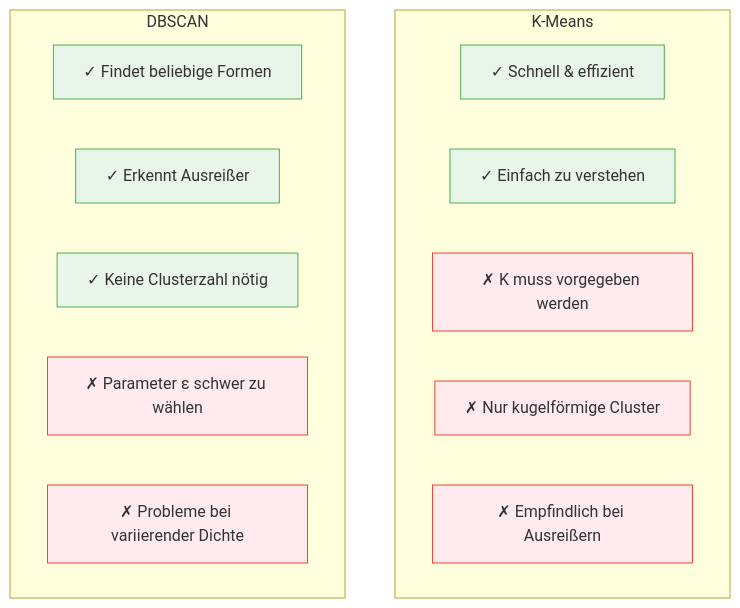
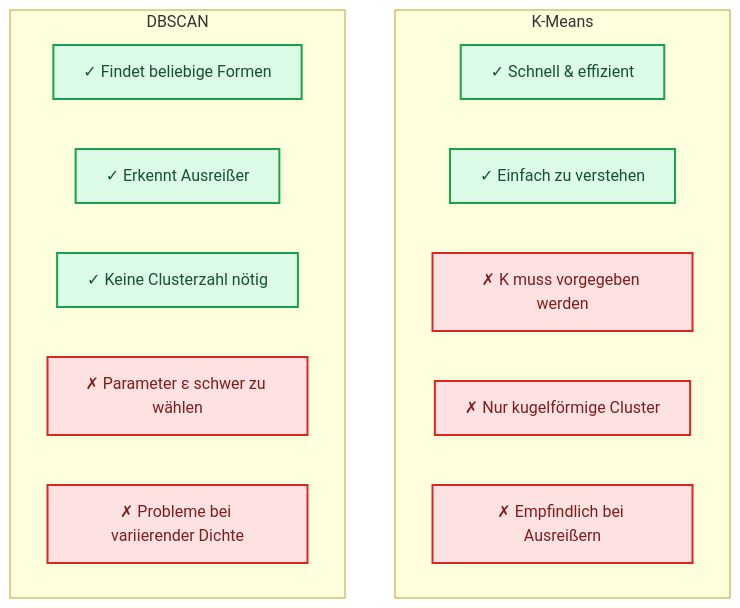
Before and after one commit to ralf-42/ML_Intro: the sixth of 6 diagrams in docs/concepts/modeling/kmeans-dbscan.md, drawn with Mermaid. The commit also changed other lines of this file and 67 other files, not shown here.

````diff
--- a/docs/concepts/modeling/kmeans-dbscan.md
+++ b/docs/concepts/modeling/kmeans-dbscan.md
@@ -254,29 +266,24 @@
 ```mermaid
 flowchart TB
     subgraph KMeans["K-Means"]
         K1["✓ Schnell & effizient"]
         K2["✓ Einfach zu verstehen"]
         K3["✗ K muss vorgegeben werden"]
         K4["✗ Nur kugelförmige Cluster"]
         K5["✗ Empfindlich bei Ausreißern"]
     end
     
     subgraph DBSCAN_Box["DBSCAN"]
         D1["✓ Findet beliebige Formen"]
         D2["✓ Erkennt Ausreißer"]
         D3["✓ Keine Clusterzahl nötig"]
         D4["✗ Parameter ε schwer zu wählen"]
         D5["✗ Probleme bei variierender Dichte"]
     end
-    
-    style K1 fill:#e8f5e9,stroke:#4caf50
-    style K2 fill:#e8f5e9,stroke:#4caf50
-    style K3 fill:#ffebee,stroke:#f44336
-    style K4 fill:#ffebee,stroke:#f44336
-    style K5 fill:#ffebee,stroke:#f44336
-    style D1 fill:#e8f5e9,stroke:#4caf50
-    style D2 fill:#e8f5e9,stroke:#4caf50
-    style D3 fill:#e8f5e9,stroke:#4caf50
-    style D4 fill:#ffebee,stroke:#f44336
-    style D5 fill:#ffebee,stroke:#f44336
+
+    classDef default fill:#e0f2fe,stroke:#0284c7,stroke-width:2px,color:#0c4a6e;
+    classDef output fill:#dcfce7,stroke:#16a34a,stroke-width:2px,color:#14532d;
+    classDef stop fill:#fee2e2,stroke:#dc2626,stroke-width:2px,color:#7f1d1d;
+    class K1,K2,D1,D2,D3 output;
+    class K3,K4,K5,D4,D5 stop;
 ```
````
